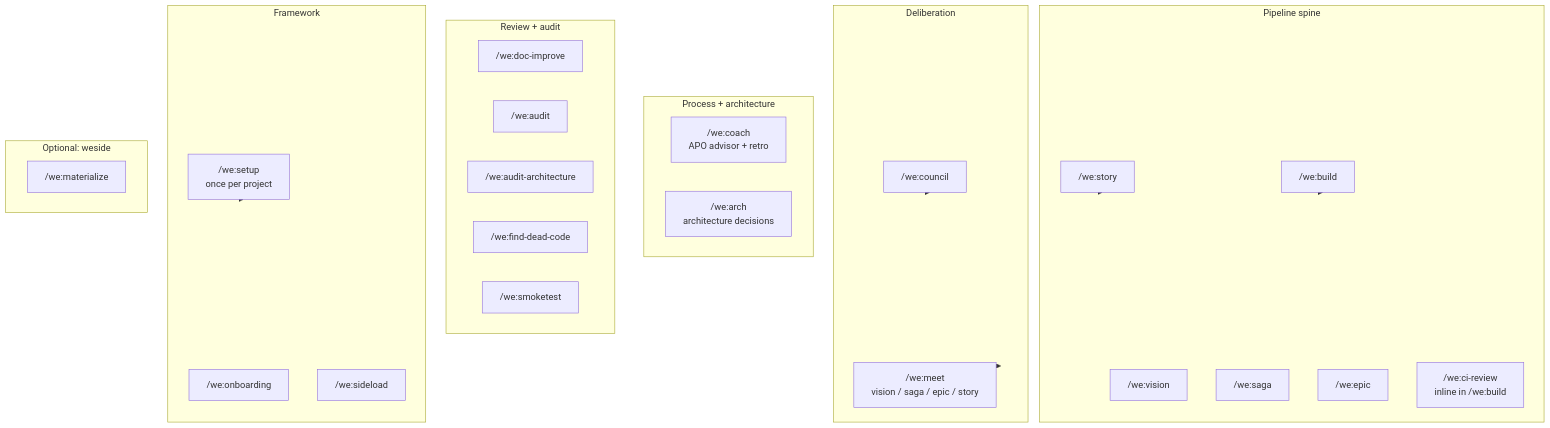
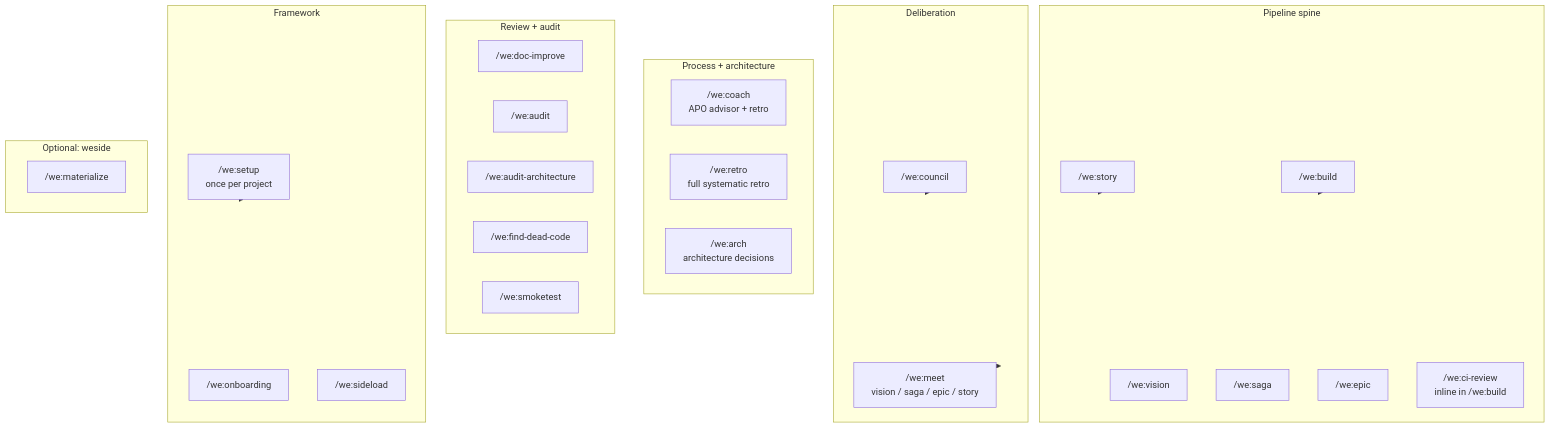
The fourth of 4 diagrams in docs/workflow.md (weside-ai/claude-code-plugin), drawn with Mermaid before and after one commit. The commit also changed other lines of this file and 12 other files, not shown here.

````diff
--- a/docs/workflow.md
+++ b/docs/workflow.md
@@ -151,40 +196,41 @@
 ```mermaid
 flowchart TB
     subgraph spine[Pipeline spine]
         vision["/we:vision"]
         saga["/we:saga"]
         epic["/we:epic"]
         story["/we:story"]
         build["/we:build"]
         cireview["/we:ci-review<br/>inline in /we:build"]
     end
     subgraph deliberation[Deliberation]
         council["/we:council"]
         meet["/we:meet<br/>vision / saga / epic / story"]
     end
     subgraph process[Process + architecture]
         coach["/we:coach<br/>APO advisor + retro"]
+        retro["/we:retro<br/>full systematic retro"]
         arch["/we:arch<br/>architecture decisions"]
     end
     subgraph review[Review + audit]
         docimprove["/we:doc-improve"]
         audit["/we:audit"]
         auditarch["/we:audit-architecture"]
         find["/we:find-dead-code"]
         smoke["/we:smoketest"]
     end
     subgraph framework[Framework]
         setup["/we:setup<br/>once per project"]
         onboard["/we:onboarding"]
         sideload["/we:sideload"]
     end
     subgraph weside[Optional: weside]
         materialize["/we:materialize"]
     end
 
     setup --> framework
     council --> deliberation
     meet --> deliberation
     story --> spine
     build --> spine
 ```
````
